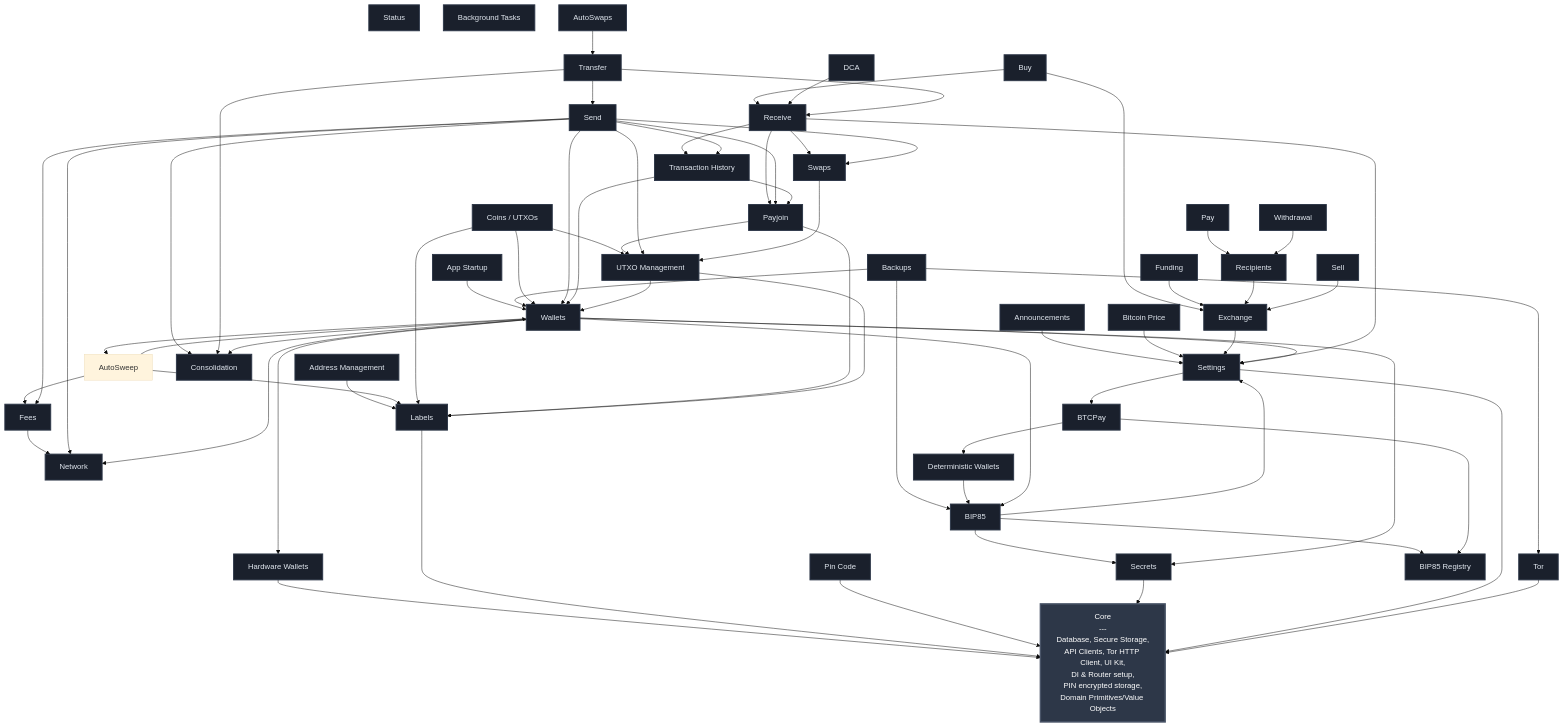
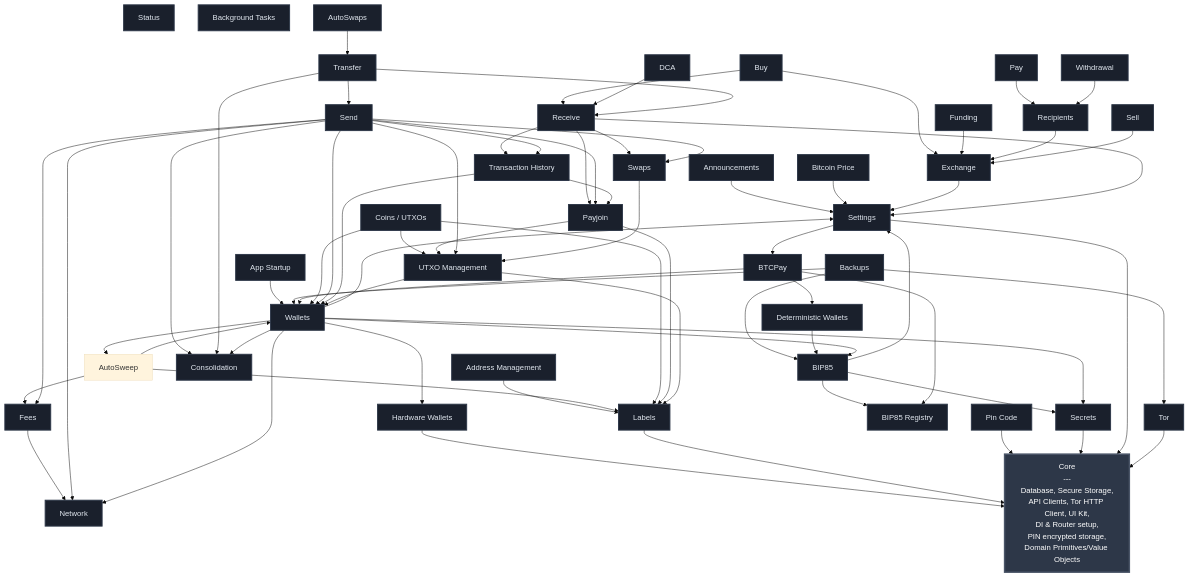
The diagram in FEATURES.md (BullishNode/bullbitcoin-mobile), drawn with Mermaid (base theme) before and after one commit. The commit also changed 1 other file, not shown here.

Commit message:
test(storage): cover wallet behavior migration

```diff
--- a/FEATURES.md
+++ b/FEATURES.md
@@ -72,6 +72,7 @@
     BTC_PRICE --> SETTINGS
     BTCPAY --> BIP85_REGISTRY
     BTCPAY --> DETERMINISTIC_WALLETS
+    BTCPAY --> WALLETS
     BUY --> EXCHANGE
     BUY --> RECEIVE
     COINS --> UTXO_MGMT
```
